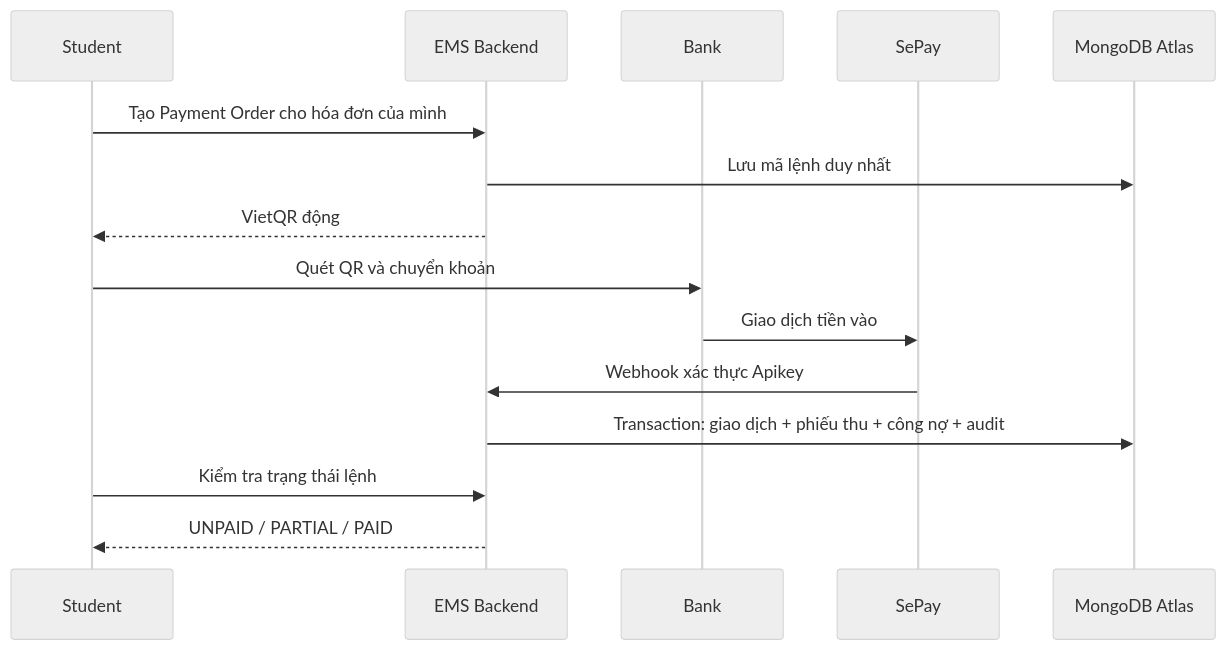
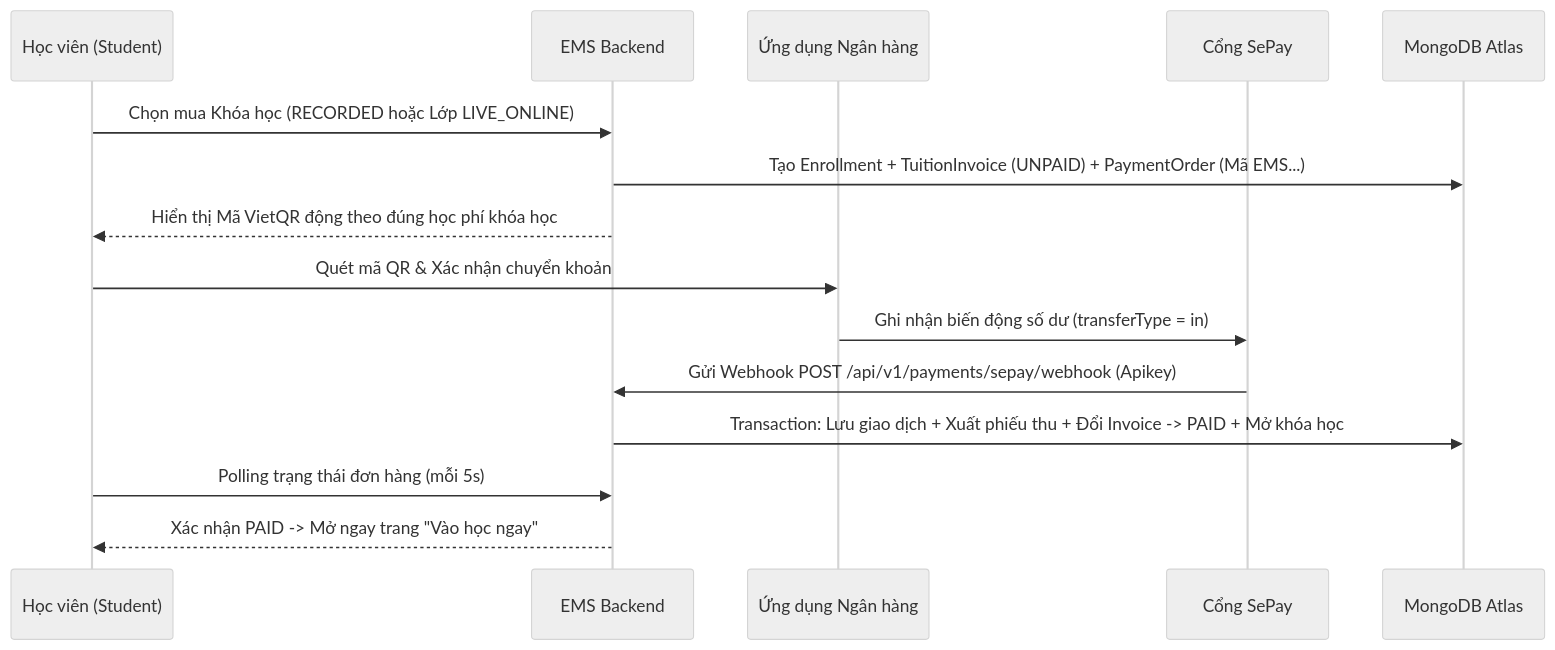
One commit to tranminhtamtt/Education-Management-System changed the second of 4 diagrams in Education Management System.md. Above: the diagram before and after it, drawn with Mermaid (neutral theme). The commit also changed other lines of this file and 3 other files, not shown here.

````diff
--- a/Education Management System.md
+++ b/Education Management System.md
@@ -197,17 +234,17 @@
 ```mermaid
 sequenceDiagram
-    participant S as Student
+    participant S as Học viên (Student)
     participant E as EMS Backend
-    participant B as Bank
-    participant P as SePay
+    participant B as Ứng dụng Ngân hàng
+    participant P as Cổng SePay
     participant D as MongoDB Atlas
-    S->>E: Tạo Payment Order cho hóa đơn của mình
-    E->>D: Lưu mã lệnh duy nhất
-    E-->>S: VietQR động
-    S->>B: Quét QR và chuyển khoản
-    B->>P: Giao dịch tiền vào
-    P->>E: Webhook xác thực Apikey
-    E->>D: Transaction: giao dịch + phiếu thu + công nợ + audit
-    S->>E: Kiểm tra trạng thái lệnh
-    E-->>S: UNPAID / PARTIAL / PAID
+    S->>E: Chọn mua Khóa học (RECORDED hoặc Lớp LIVE_ONLINE)
+    E->>D: Tạo Enrollment + TuitionInvoice (UNPAID) + PaymentOrder (Mã EMS...)
+    E-->>S: Hiển thị Mã VietQR động theo đúng học phí khóa học
+    S->>B: Quét mã QR & Xác nhận chuyển khoản
+    B->>P: Ghi nhận biến động số dư (transferType = in)
+    P->>E: Gửi Webhook POST /api/v1/payments/sepay/webhook (Apikey)
+    E->>D: Transaction: Lưu giao dịch + Xuất phiếu thu + Đổi Invoice -> PAID + Mở khóa học
+    S->>E: Polling trạng thái đơn hàng (mỗi 5s)
+    E-->>S: Xác nhận PAID -> Mở ngay trang "Vào học ngay"
 ```
````
